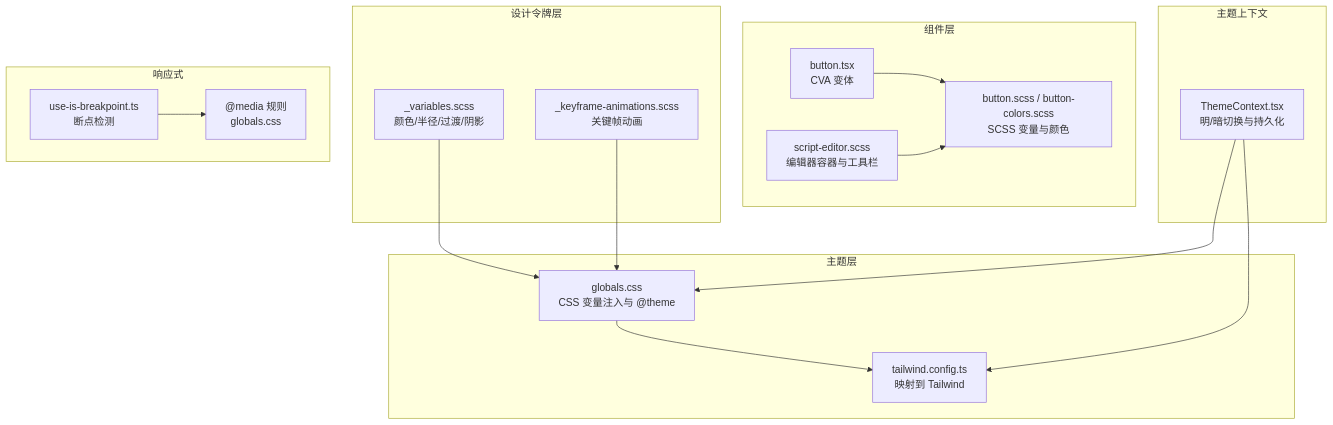
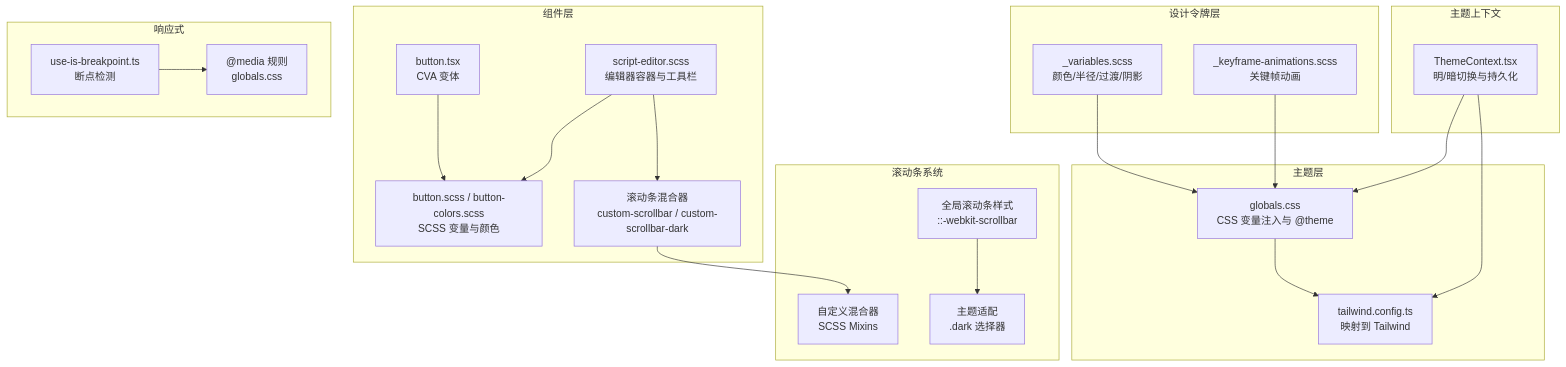
The second of 10 diagrams in .qoder/repowiki/zh/content/前端应用架构/UI组件库/主题与样式系统.md (KunLabAI/KunFlix), drawn with Mermaid before and after one commit. The commit also changed other lines of this file and 9 other files, not shown here.

````diff
--- a/.qoder/repowiki/zh/content/前端应用架构/UI组件库/主题与样式系统.md
+++ b/.qoder/repowiki/zh/content/前端应用架构/UI组件库/主题与样式系统.md
@@ -113,31 +114,40 @@
 ```mermaid
 graph TB
 subgraph "设计令牌层"
 V["_variables.scss<br/>颜色/半径/过渡/阴影"]
 A["_keyframe-animations.scss<br/>关键帧动画"]
 end
 subgraph "主题层"
 G["globals.css<br/>CSS 变量注入与 @theme"]
 T["tailwind.config.ts<br/>映射到 Tailwind"]
 end
 subgraph "组件层"
 U["button.tsx<br/>CVA 变体"]
 S["button.scss / button-colors.scss<br/>SCSS 变量与颜色"]
 X["script-editor.scss<br/>编辑器容器与工具栏"]
+Y["滚动条混合器<br/>custom-scrollbar / custom-scrollbar-dark"]
 end
 subgraph "主题上下文"
 TC["ThemeContext.tsx<br/>明/暗切换与持久化"]
 end
 subgraph "响应式"
 HB["use-is-breakpoint.ts<br/>断点检测"]
 GM["@media 规则<br/>globals.css"]
 end
+subgraph "滚动条系统"
+YS["全局滚动条样式<br/>::-webkit-scrollbar"]
+YM["自定义混合器<br/>SCSS Mixins"]
+YT["主题适配<br/>.dark 选择器"]
+end
 V --> G
 A --> G
 G --> T
 TC --> G
 TC --> T
 U --> S
 X --> S
+X --> Y
+Y --> YM
+YS --> YT
 HB --> GM
 ```
````
